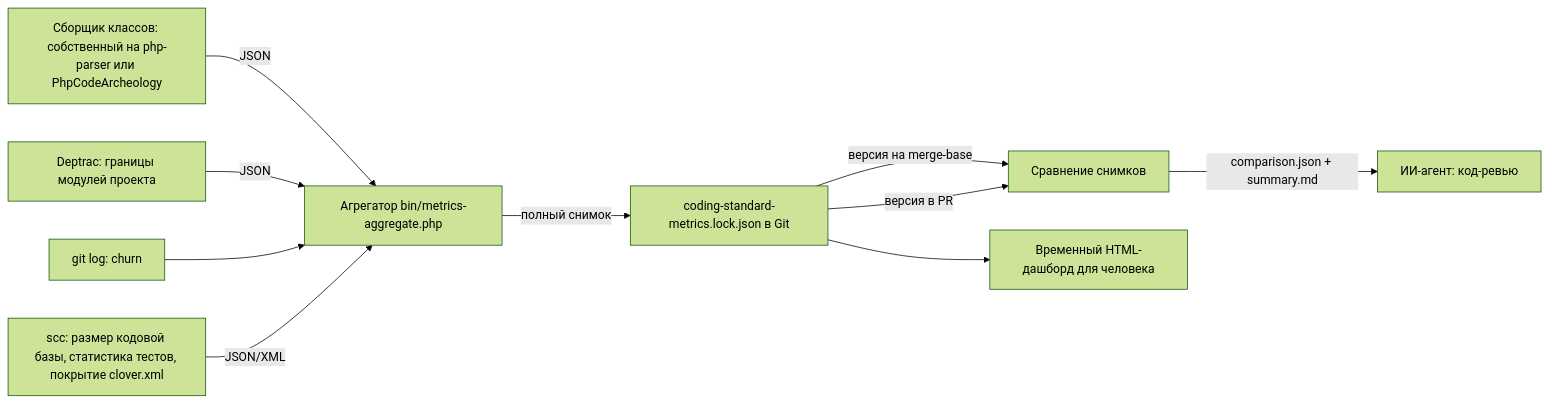
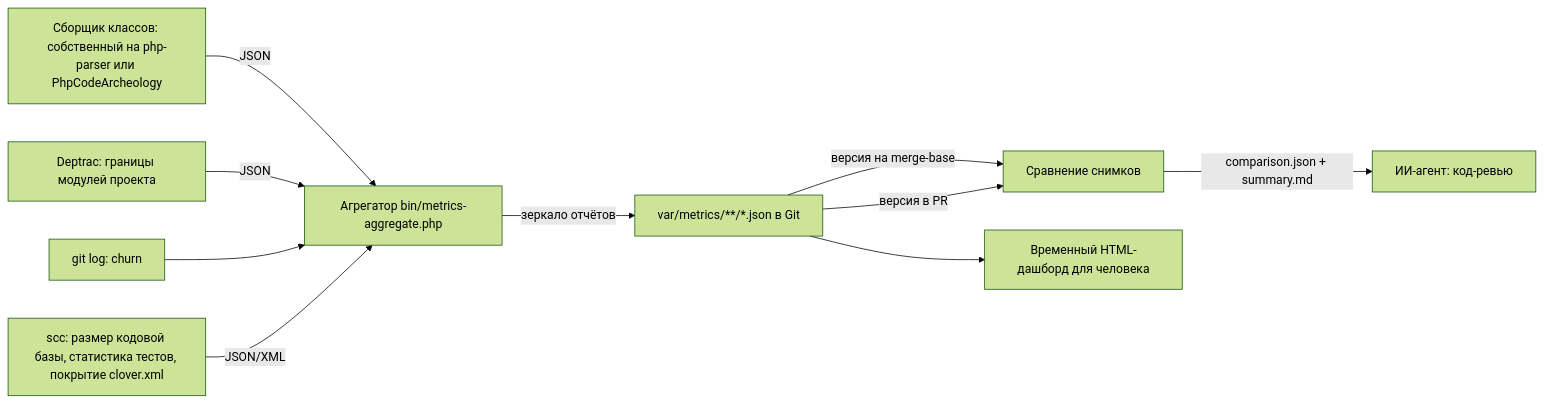
The diagram in todo/EPIC-metrics-ai-maintainability.todo.md (prikotov/coding-standard), drawn with Mermaid (forest theme) before and after one commit. The commit also changed other lines of this file and 6 other files, not shown here.

````diff
--- a/todo/EPIC-metrics-ai-maintainability.todo.md
+++ b/todo/EPIC-metrics-ai-maintainability.todo.md
@@ -102,12 +102,12 @@
 ```mermaid
 flowchart LR
     A[Сборщик классов: собственный на php-parser или PhpCodeArcheology] -->|JSON| D
     B[Deptrac: границы модулей проекта] -->|JSON| D
     C[git log: churn] --> D
     S[scc: размер кодовой базы, статистика тестов, покрытие clover.xml] -->|JSON/XML| D
-    D[Агрегатор bin/metrics-aggregate.php] -->|полный снимок| L[coding-standard-metrics.lock.json в Git]
+    D[Агрегатор bin/metrics-aggregate.php] -->|зеркало отчётов| L[var/metrics/**/*.json в Git]
     L -->|версия на merge-base| G[Сравнение снимков]
     L -->|версия в PR| G
     G -->|comparison.json + summary.md| F[ИИ-агент: код-ревью]
     L --> E[Временный HTML-дашборд для человека]
 ```
````
